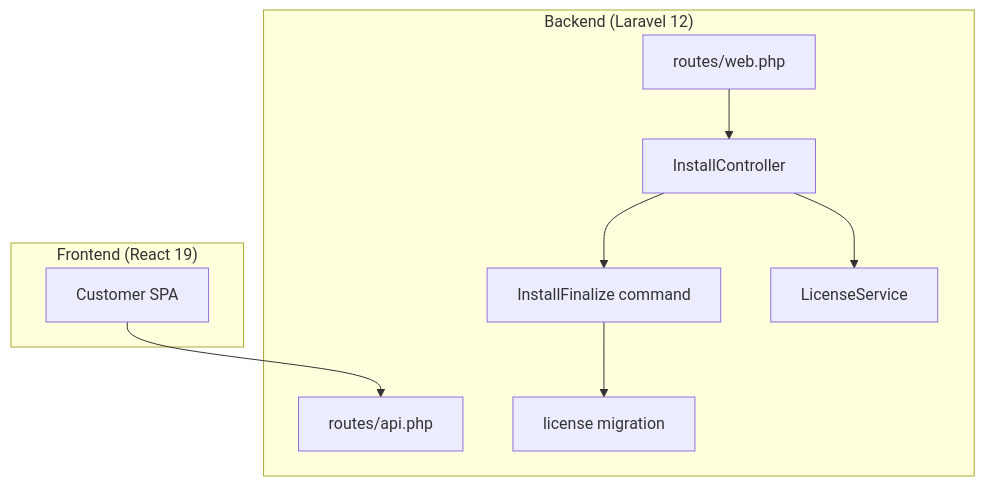
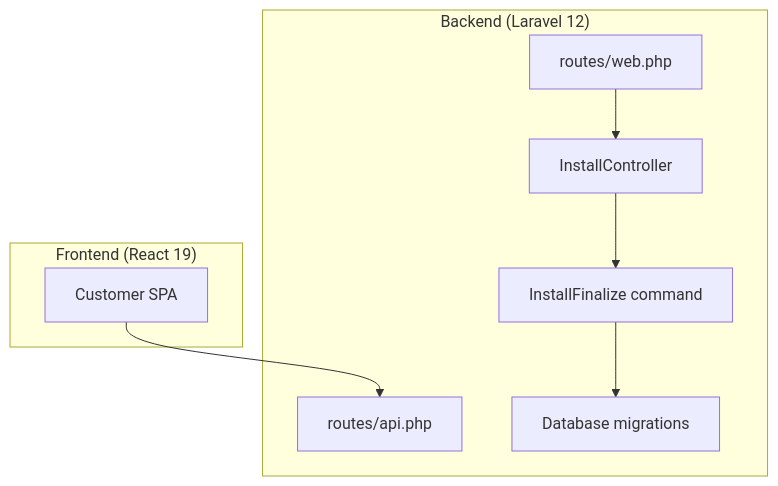
One commit to mahbub095/bus-app changed the first of 4 diagrams in .qoder/repowiki/en/content/Getting Started.md. Above: the diagram before and after it, drawn with Mermaid. The commit also changed other lines of this file and 165 other files, not shown here.

````diff
--- a/.qoder/repowiki/en/content/Getting Started.md
+++ b/.qoder/repowiki/en/content/Getting Started.md
@@ -42,19 +45,17 @@
 ```mermaid
 graph TB
 subgraph "Backend (Laravel 12)"
 RWeb["routes/web.php"]
 RApi["routes/api.php"]
 InstCtrl["InstallController"]
 InstCmd["InstallFinalize command"]
-LicSvc["LicenseService"]
-DBMig["license migration"]
+DBMig["Database migrations"]
 end
 subgraph "Frontend (React 19)"
 SPA["Customer SPA"]
 end
 SPA --> RApi
 RWeb --> InstCtrl
-InstCtrl --> LicSvc
 InstCtrl --> InstCmd
 InstCmd --> DBMig
 ```
````
